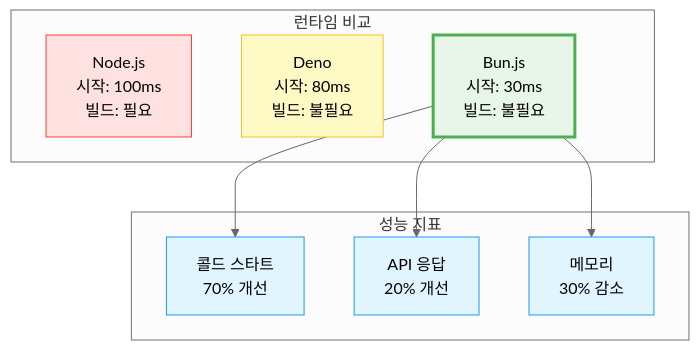
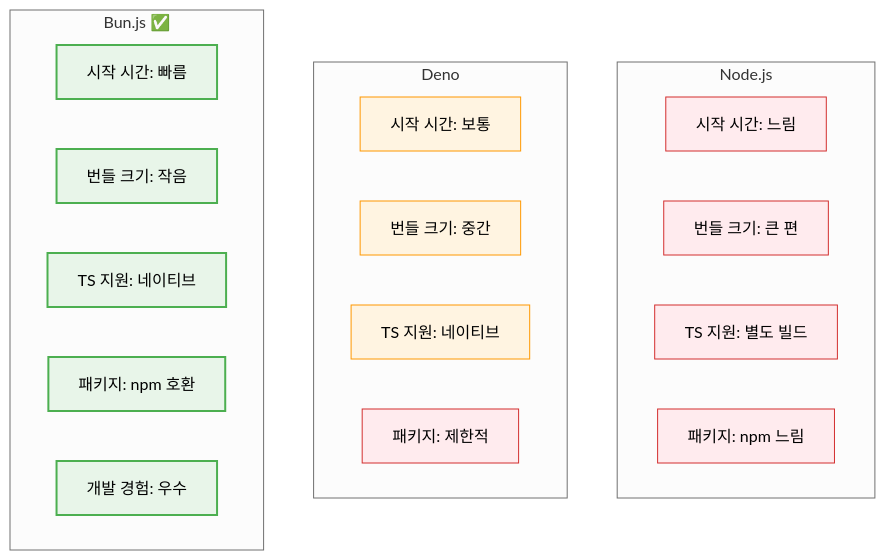
Before and after one commit to 1985jwlee/production-iot-backend: the ninth of 13 diagrams in README.md, drawn with Mermaid (neutral theme). The commit also changed other lines of this file and 1 other file, not shown here.

````diff
--- a/README.md
+++ b/README.md
@@ -486,25 +483,38 @@
 ```mermaid
 graph TB
-    subgraph "런타임 비교"
-        NODE[Node.js<br/>시작: 100ms<br/>빌드: 필요]
-        DENO[Deno<br/>시작: 80ms<br/>빌드: 불필요]
-        BUN[Bun.js<br/>시작: 30ms<br/>빌드: 불필요]
+    subgraph "Node.js"
+        N1[시작 시간: 느림]
+        N2[번들 크기: 큰 편]
+        N3[TS 지원: 별도 빌드]
+        N4[패키지: npm 느림]
     end
     
-    subgraph "성능 지표"
-        PERF1[콜드 스타트<br/>70% 개선]
-        PERF2[API 응답<br/>20% 개선]
-        PERF3[메모리<br/>30% 감소]
+    subgraph "Deno"
+        D1[시작 시간: 보통]
+        D2[번들 크기: 중간]
+        D3[TS 지원: 네이티브]
+        D4[패키지: 제한적]
     end
     
-    BUN --> PERF1
-    BUN --> PERF2
-    BUN --> PERF3
+    subgraph "Bun.js ✅"
+        B1[시작 시간: 빠름]
+        B2[번들 크기: 작음]
+        B3[TS 지원: 네이티브]
+        B4[패키지: npm 호환]
+        B5[개발 경험: 우수]
+    end
     
-    style NODE fill:#ffe1e1,stroke:#f44336
-    style DENO fill:#fff9c4,stroke:#fbc02d
-    style BUN fill:#e8f5e9,stroke:#4caf50,stroke-width:3px
-    style PERF1 fill:#e1f5ff,stroke:#2196f3
-    style PERF2 fill:#e1f5ff,stroke:#2196f3
-    style PERF3 fill:#e1f5ff,stroke:#2196f3
+    style N1 fill:#ffebee,stroke:#d32f2f
+    style N2 fill:#ffebee,stroke:#d32f2f
+    style N3 fill:#ffebee,stroke:#d32f2f
+    style N4 fill:#ffebee,stroke:#d32f2f
+    style D1 fill:#fff4e1,stroke:#ff9800
+    style D2 fill:#fff4e1,stroke:#ff9800
+    style D3 fill:#fff4e1,stroke:#ff9800
+    style D4 fill:#ffebee,stroke:#d32f2f
+    style B1 fill:#e8f5e9,stroke:#4caf50,stroke-width:2px
+    style B2 fill:#e8f5e9,stroke:#4caf50,stroke-width:2px
+    style B3 fill:#e8f5e9,stroke:#4caf50,stroke-width:2px
+    style B4 fill:#e8f5e9,stroke:#4caf50,stroke-width:2px
+    style B5 fill:#e8f5e9,stroke:#4caf50,stroke-width:2px
 ```
````
